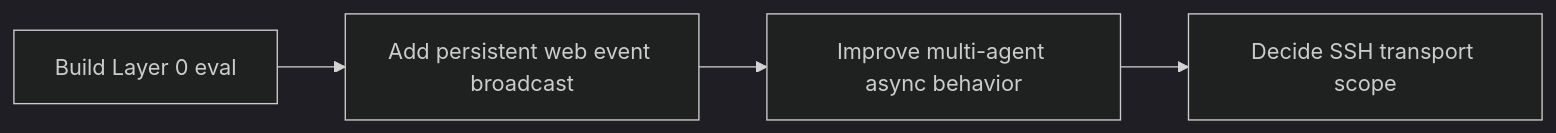
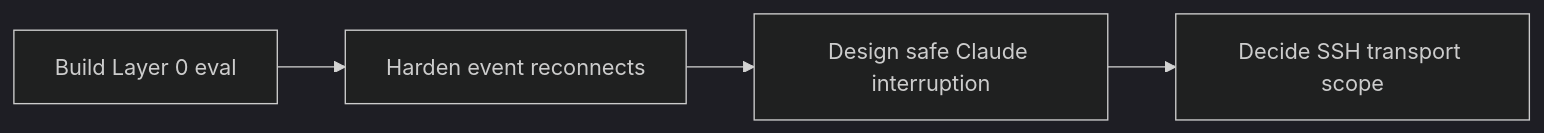
The second of 2 diagrams in docs/architecture/status-tracker.md (chrisdobler/squirl), drawn with Mermaid (dark theme) before and after one commit. The commit also changed other lines of this file and 4 other files, not shown here.

Commit message:
Document persistent multi-agent room architecture

````diff
--- a/docs/architecture/status-tracker.md
+++ b/docs/architecture/status-tracker.md
@@ -35,6 +35,6 @@
 ```mermaid
 flowchart LR
-  layer0["Build Layer 0 eval"] --> events["Add persistent web event broadcast"]
-  events --> agents["Improve multi-agent async behavior"]
-  agents --> remote["Decide SSH transport scope"]
+  layer0["Build Layer 0 eval"] --> reconnect["Harden event reconnects"]
+  reconnect --> interrupt["Design safe Claude interruption"]
+  interrupt --> remote["Decide SSH transport scope"]
 ```
````
